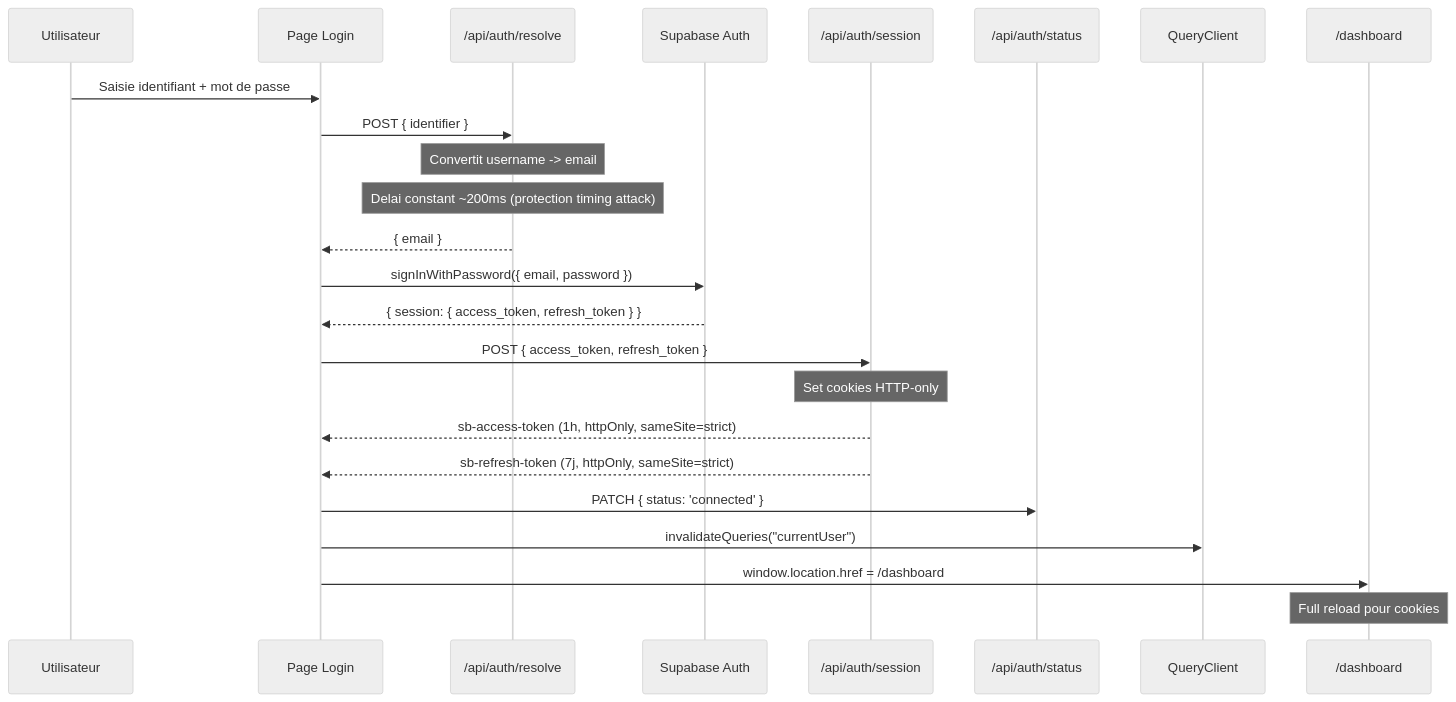
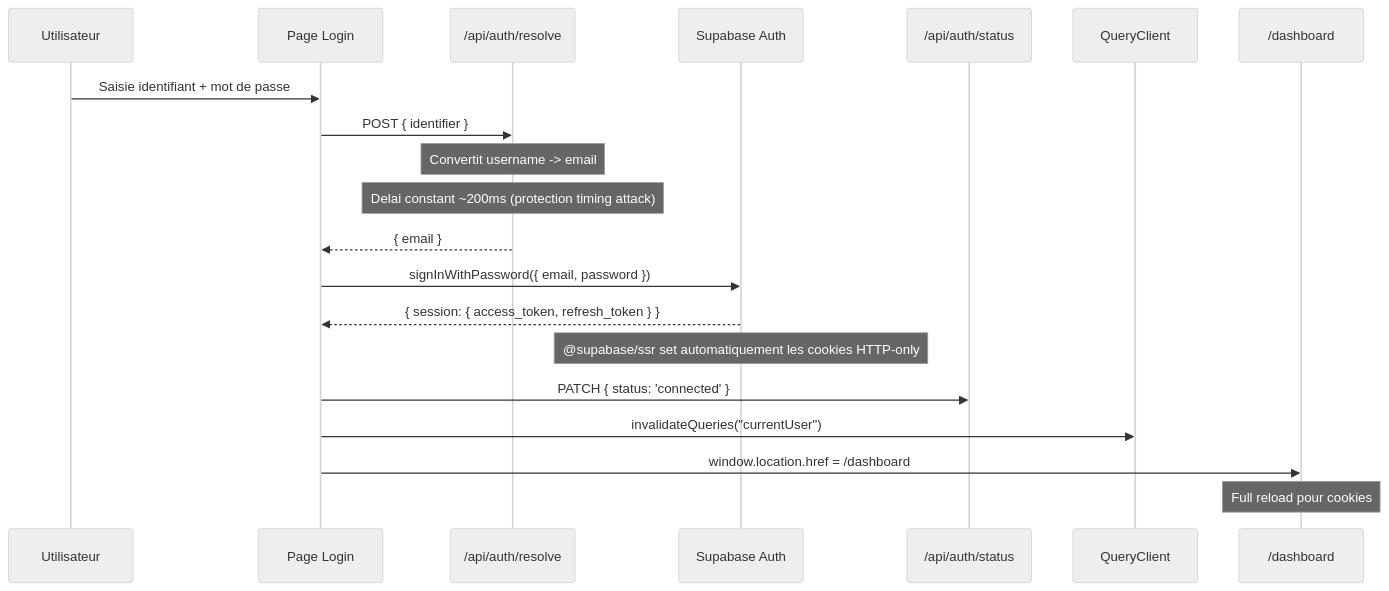
Before and after one commit to gmbsfactory/gmbs-crm: the second of 7 diagrams in docs/architecture/auth-and-security.md, drawn with Mermaid (neutral theme). The commit also changed other lines of this file and 8 other files, not shown here.

First line of the commit message:
fix: corriger tests cassés + supprimer session-cookies obsolète

````diff
--- a/docs/architecture/auth-and-security.md
+++ b/docs/architecture/auth-and-security.md
@@ -56,30 +54,25 @@
 ```mermaid
 sequenceDiagram
     participant U as Utilisateur
     participant L as Page Login
     participant R as /api/auth/resolve
     participant SA as Supabase Auth
-    participant S as /api/auth/session
     participant ST as /api/auth/status
     participant QC as QueryClient
     participant D as /dashboard
 
     U->>L: Saisie identifiant + mot de passe
     L->>R: POST { identifier }
     Note over R: Convertit username -> email
     Note over R: Delai constant ~200ms (protection timing attack)
     R-->>L: { email }
 
     L->>SA: signInWithPassword({ email, password })
     SA-->>L: { session: { access_token, refresh_token } }
-
-    L->>S: POST { access_token, refresh_token }
-    Note over S: Set cookies HTTP-only
-    S-->>L: sb-access-token (1h, httpOnly, sameSite=strict)
-    S-->>L: sb-refresh-token (7j, httpOnly, sameSite=strict)
+    Note over SA: @supabase/ssr set automatiquement les cookies HTTP-only
 
     L->>ST: PATCH { status: 'connected' }
     L->>QC: invalidateQueries("currentUser")
     L->>D: window.location.href = /dashboard
     Note over D: Full reload pour cookies
 ```
````
